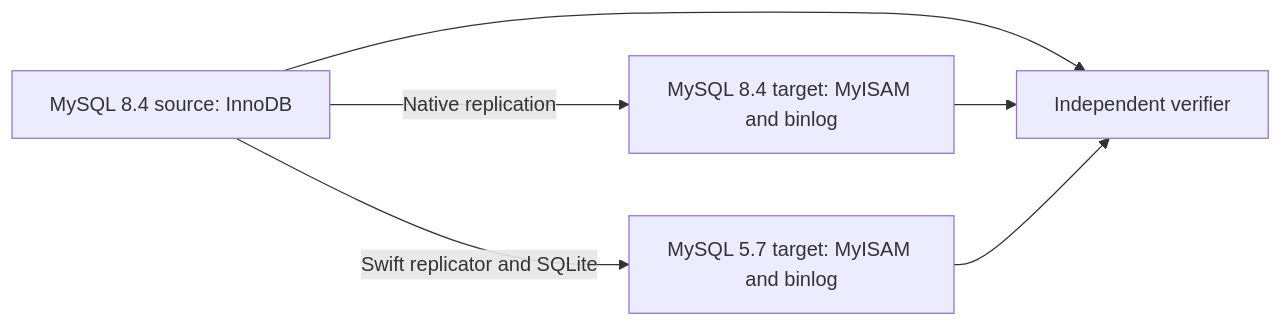
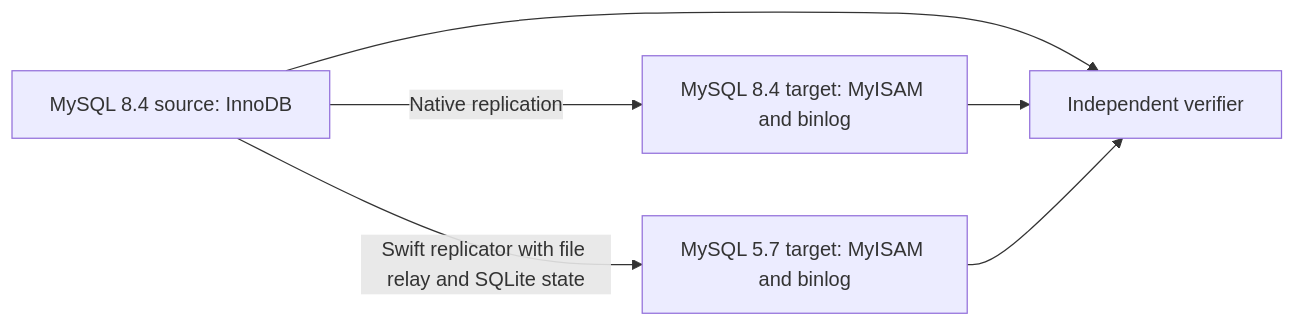
Before and after one commit to GannettDigital/mysql-replicator: the second of 2 diagrams in PLAN/REPLICATOR_TECHNICAL_PLAN.md, drawn with Mermaid. The commit also changed other lines of this file and 19 other files, not shown here.

````diff
--- a/PLAN/REPLICATOR_TECHNICAL_PLAN.md
+++ b/PLAN/REPLICATOR_TECHNICAL_PLAN.md
@@ -206,8 +215,8 @@
 ```mermaid
 flowchart LR
     S[MySQL 8.4 source: InnoDB] -->|Native replication| N[MySQL 8.4 target: MyISAM and binlog]
-    S -->|Swift replicator and SQLite| W[MySQL 5.7 target: MyISAM and binlog]
+    S -->|Swift replicator with file relay and SQLite state| W[MySQL 5.7 target: MyISAM and binlog]
     S --> V[Independent verifier]
     N --> V
     W --> V
 ```
````
